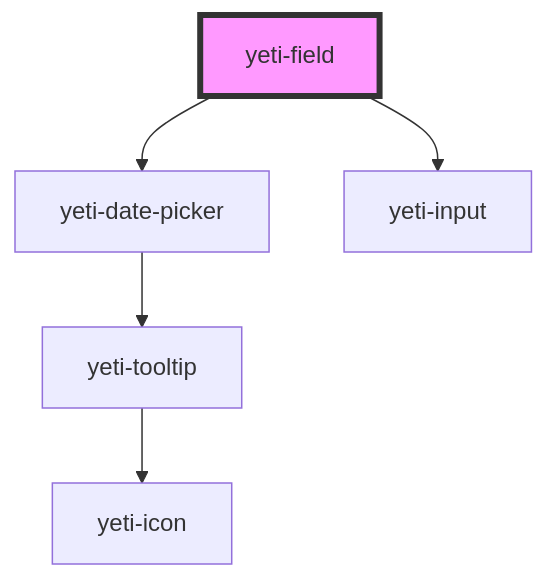
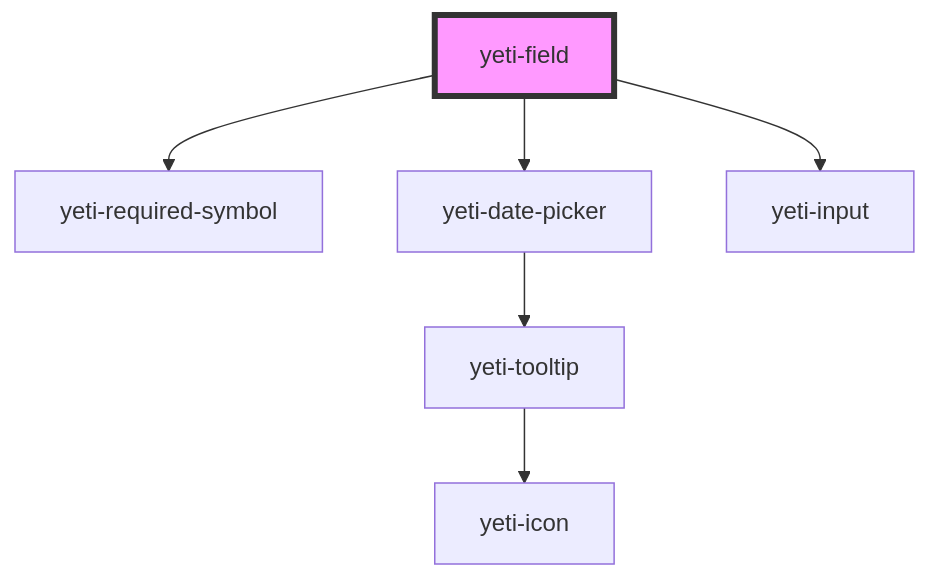
Before and after one commit to msoltvedt/yeti: the diagram in src/components/yeti-field/readme.md, drawn with Mermaid. The commit also changed other lines of this file and 141 other files, not shown here.

````diff
--- a/src/components/yeti-field/readme.md
+++ b/src/components/yeti-field/readme.md
@@ -37,8 +40,9 @@
 ```mermaid
 graph TD;
+  yeti-field --> yeti-required-symbol
   yeti-field --> yeti-date-picker
   yeti-field --> yeti-input
   yeti-date-picker --> yeti-tooltip
   yeti-tooltip --> yeti-icon
   style yeti-field fill:#f9f,stroke:#333,stroke-width:4px
 ```
````
